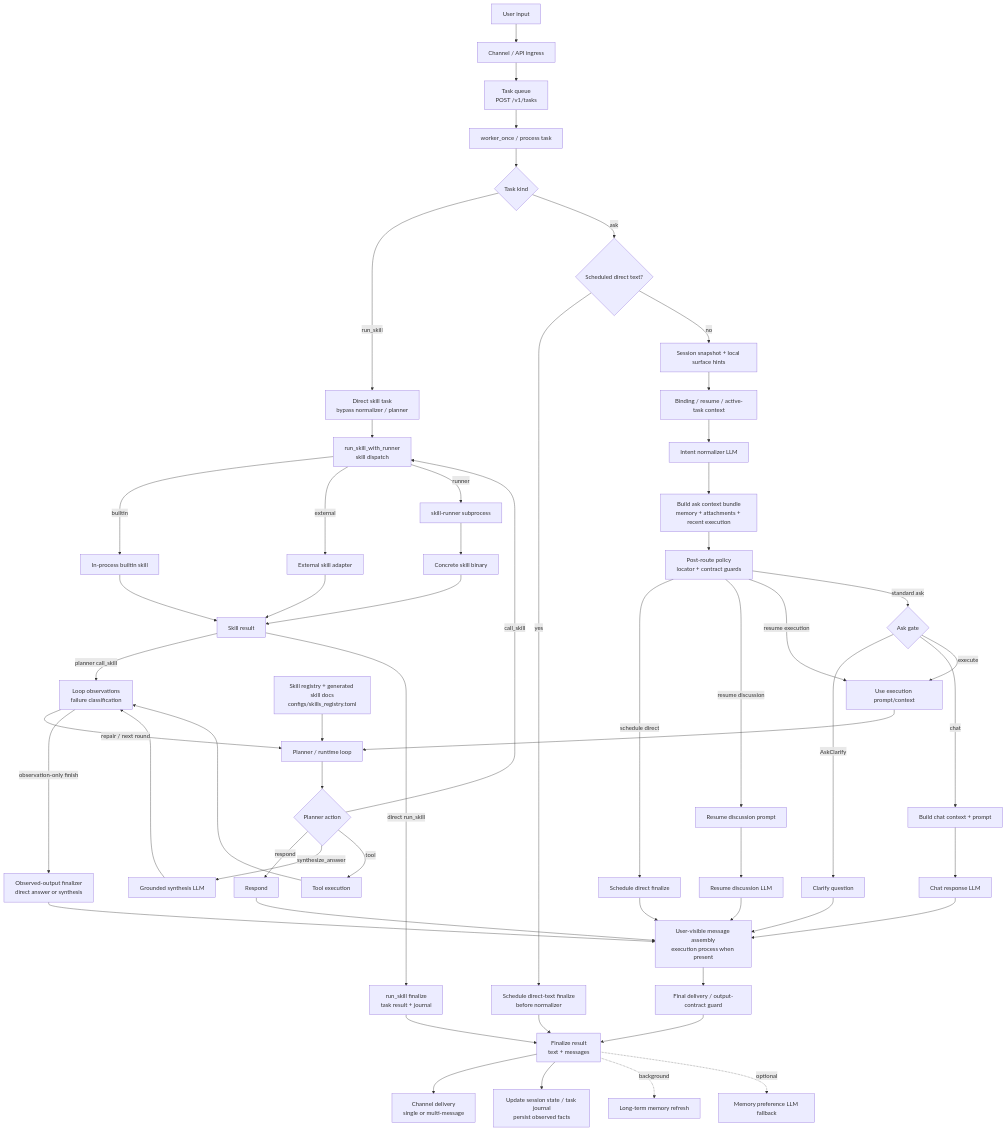
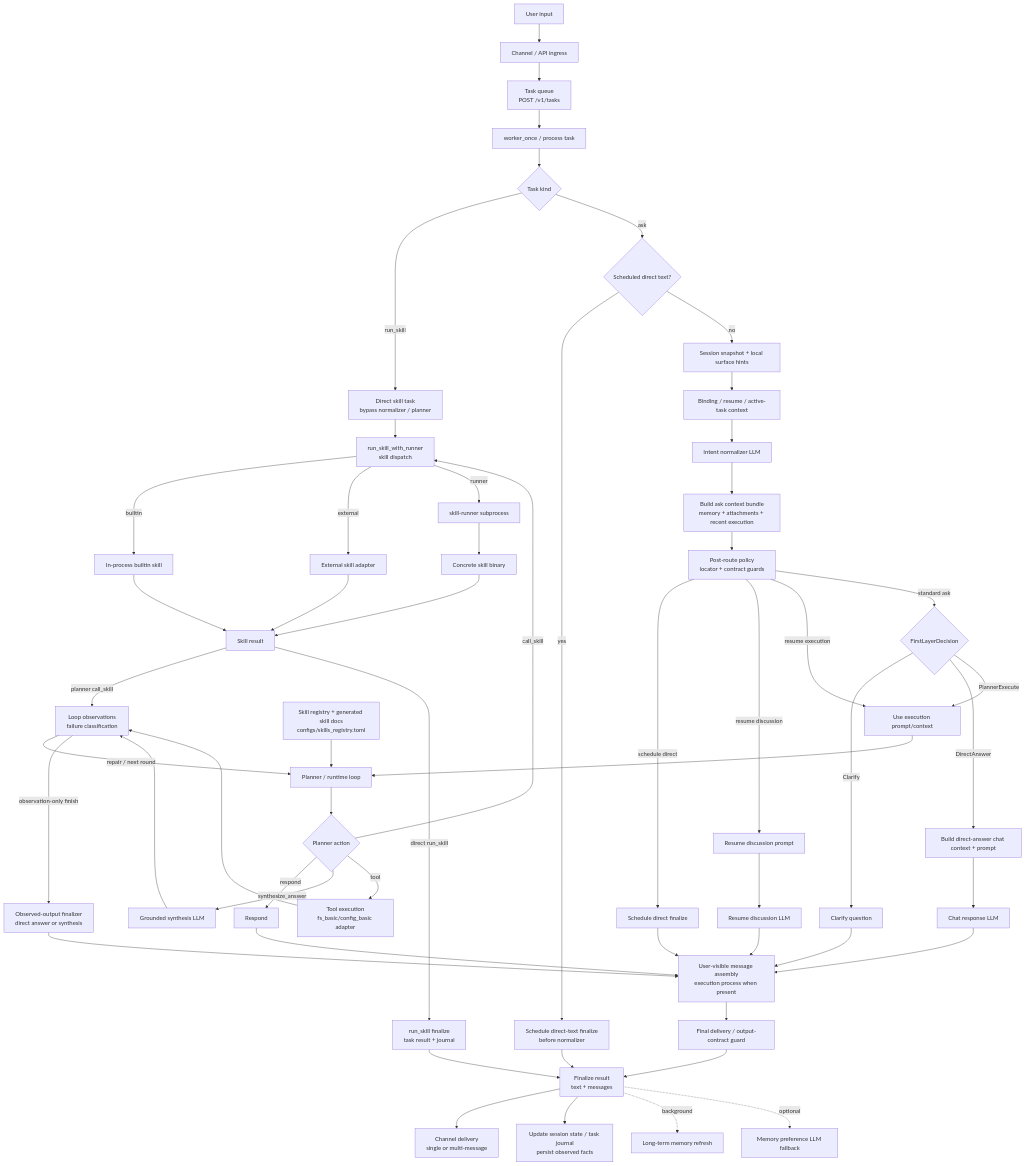
Before and after one commit to MatrixCoreX/RustClaw: the first of 2 diagrams in README.md, drawn with Mermaid. The commit also changed other lines of this file and 75 other files, not shown here.

````diff
--- a/README.md
+++ b/README.md
@@ -28,59 +28,59 @@
 ```mermaid
 flowchart TD
     A[User input] --> B[Channel / API ingress]
     B --> B1[Task queue<br/>POST /v1/tasks]
     B1 --> B2[worker_once / process task]
     B2 --> B3{Task kind}
     B3 -->|run_skill| RS[Direct skill task<br/>bypass normalizer / planner]
     B3 -->|ask| C0{Scheduled direct text?}
     C0 -->|yes| SD0[Schedule direct-text finalize<br/>before normalizer]
     C0 -->|no| C[Session snapshot + local surface hints]
     C --> D[Binding / resume / active-task context]
     D --> E[Intent normalizer LLM]
     E --> EC[Build ask context bundle<br/>memory + attachments + recent execution]
     EC --> E2[Post-route policy<br/>locator + contract guards]
     E2 -->|schedule direct| SD[Schedule direct finalize]
     E2 -->|resume discussion| RD[Resume discussion prompt]
     E2 -->|resume execution| H
-    E2 -->|standard ask| F{Ask gate}
-    F -->|AskClarify| G[Clarify question]
-    F -->|chat| CH[Build chat context + prompt]
+    E2 -->|standard ask| F{FirstLayerDecision}
+    F -->|Clarify| G[Clarify question]
+    F -->|DirectAnswer| CH[Build direct-answer chat context + prompt]
     CH --> CR[Chat response LLM]
-    F -->|execute| H[Use execution prompt/context]
+    F -->|PlannerExecute| H[Use execution prompt/context]
     SK[Skill registry + generated skill docs<br/>configs/skills_registry.toml] --> I
     H --> I[Planner / runtime loop]
     I --> L{Planner action}
     L -->|respond| M[Respond]
     L -->|synthesize_answer| SS[Grounded synthesis LLM]
-    L -->|tool| N[Tool execution]
+    L -->|tool| N[Tool execution<br/>fs_basic/config_basic adapter]
     L -->|call_skill| N1[run_skill_with_runner<br/>skill dispatch]
     RS --> N1
     N1 -->|builtin| N1B[In-process builtin skill]
     N1 -->|external| N1E[External skill adapter]
     N1 -->|runner| N2[skill-runner subprocess]
     N2 --> N3[Concrete skill binary]
     N1B --> SR[Skill result]
     N1E --> SR
     N3 --> SR
     SR -->|planner call_skill| P
     SR -->|direct run_skill| RSK[run_skill finalize<br/>task result + journal]
     N --> P[Loop observations<br/>failure classification]
     SS --> P
     P -->|repair / next round| I
     P -->|observation-only finish| OF[Observed-output finalizer<br/>direct answer or synthesis]
     M --> VP[User-visible message assembly<br/>execution process when present]
     CR --> VP
     G --> VP
     OF --> VP
     SD --> VP
     RD --> RDL[Resume discussion LLM]
     RDL --> VP
     VP --> Q[Final delivery / output-contract guard]
     Q --> R[Finalize result<br/>text + messages]
     SD0 --> R
     RSK --> R
     R --> S[Channel delivery<br/>single or multi-message]
     R --> T[Update session state / task journal<br/>persist observed facts]
     R -. background .-> U[Long-term memory refresh]
     R -. optional .-> V[Memory preference LLM fallback]
 ```
````
